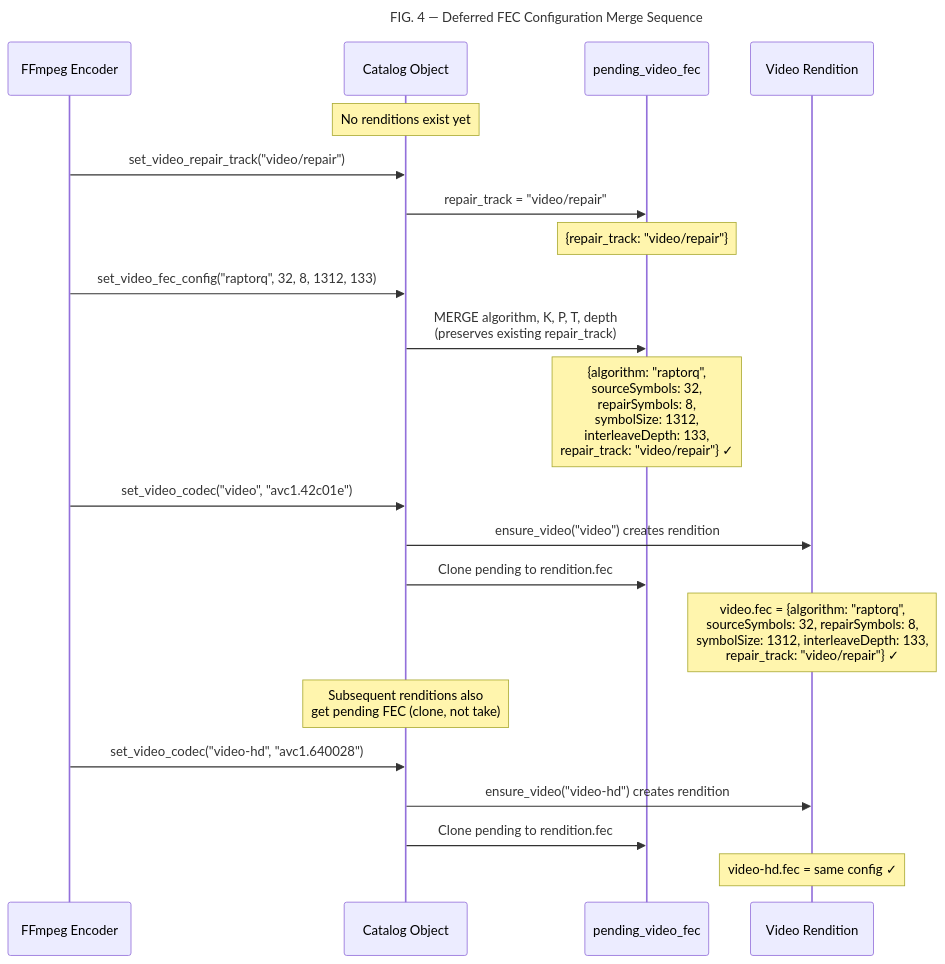
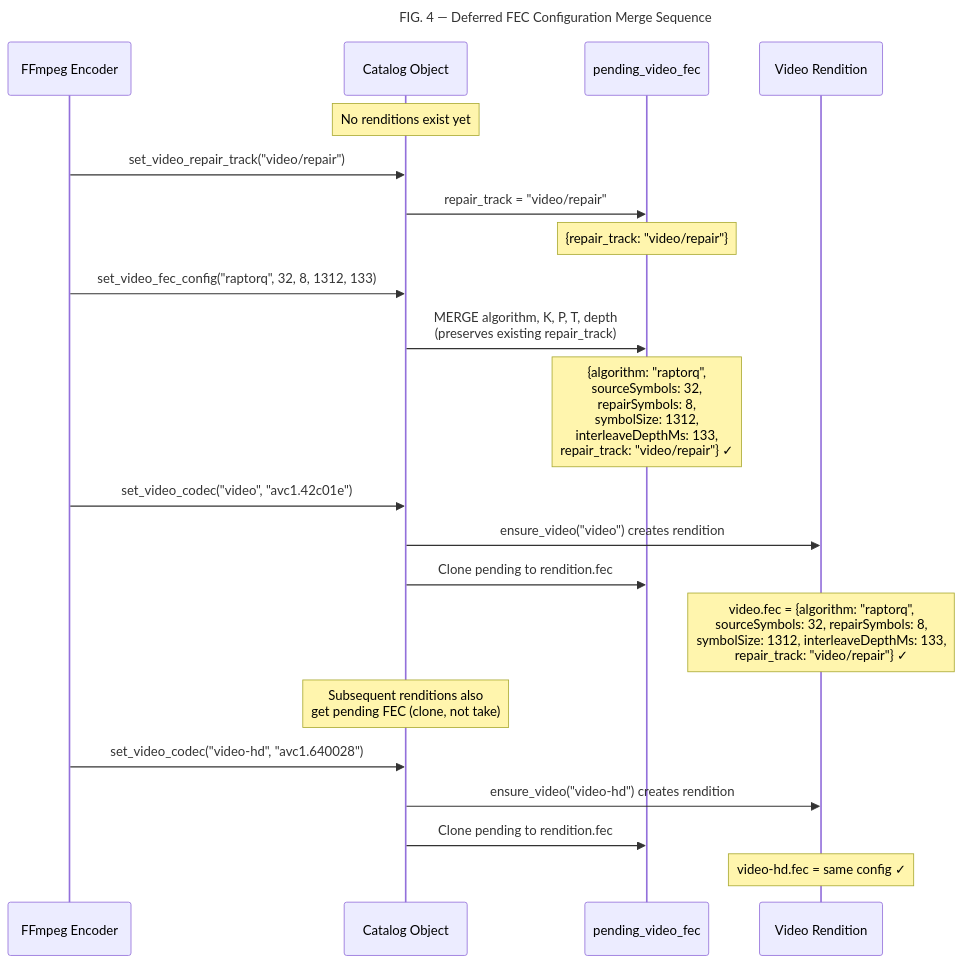
The diagram in patent/figures/APP2-FIG4-deferred-merge.mmd (Blockcast/moqcast-draft), drawn with Mermaid before and after one commit. The commit also changed 14 other files, not shown here.

```diff
--- a/patent/figures/APP2-FIG4-deferred-merge.mmd
+++ b/patent/figures/APP2-FIG4-deferred-merge.mmd
@@ -1,30 +1,30 @@
 ---
 title: "FIG. 4 — Deferred FEC Configuration Merge Sequence"
 ---
 sequenceDiagram
     participant FFmpeg as FFmpeg Encoder
     participant Catalog as Catalog Object
     participant Pending as pending_video_fec
     participant Rendition as Video Rendition
 
     Note over Catalog: No renditions exist yet
 
     FFmpeg->>Catalog: set_video_repair_track("video/repair")
     Catalog->>Pending: repair_track = "video/repair"
     Note over Pending: {repair_track: "video/repair"}
 
     FFmpeg->>Catalog: set_video_fec_config("raptorq", 32, 8, 1312, 133)
     Catalog->>Pending: MERGE algorithm, K, P, T, depth<br/>(preserves existing repair_track)
-    Note over Pending: {algorithm: "raptorq",<br/>sourceSymbols: 32,<br/>repairSymbols: 8,<br/>symbolSize: 1312,<br/>interleaveDepth: 133,<br/>repair_track: "video/repair"} ✓
+    Note over Pending: {algorithm: "raptorq",<br/>sourceSymbols: 32,<br/>repairSymbols: 8,<br/>symbolSize: 1312,<br/>interleaveDepthMs: 133,<br/>repair_track: "video/repair"} ✓
 
     FFmpeg->>Catalog: set_video_codec("video", "avc1.42c01e")
     Catalog->>Rendition: ensure_video("video") creates rendition
     Catalog->>Pending: Clone pending to rendition.fec
-    Note over Rendition: video.fec = {algorithm: "raptorq",<br/>sourceSymbols: 32, repairSymbols: 8,<br/>symbolSize: 1312, interleaveDepth: 133,<br/>repair_track: "video/repair"} ✓
+    Note over Rendition: video.fec = {algorithm: "raptorq",<br/>sourceSymbols: 32, repairSymbols: 8,<br/>symbolSize: 1312, interleaveDepthMs: 133,<br/>repair_track: "video/repair"} ✓
 
     Note over Catalog: Subsequent renditions also<br/>get pending FEC (clone, not take)
 
     FFmpeg->>Catalog: set_video_codec("video-hd", "avc1.640028")
     Catalog->>Rendition: ensure_video("video-hd") creates rendition
     Catalog->>Pending: Clone pending to rendition.fec
     Note over Rendition: video-hd.fec = same config ✓
```
